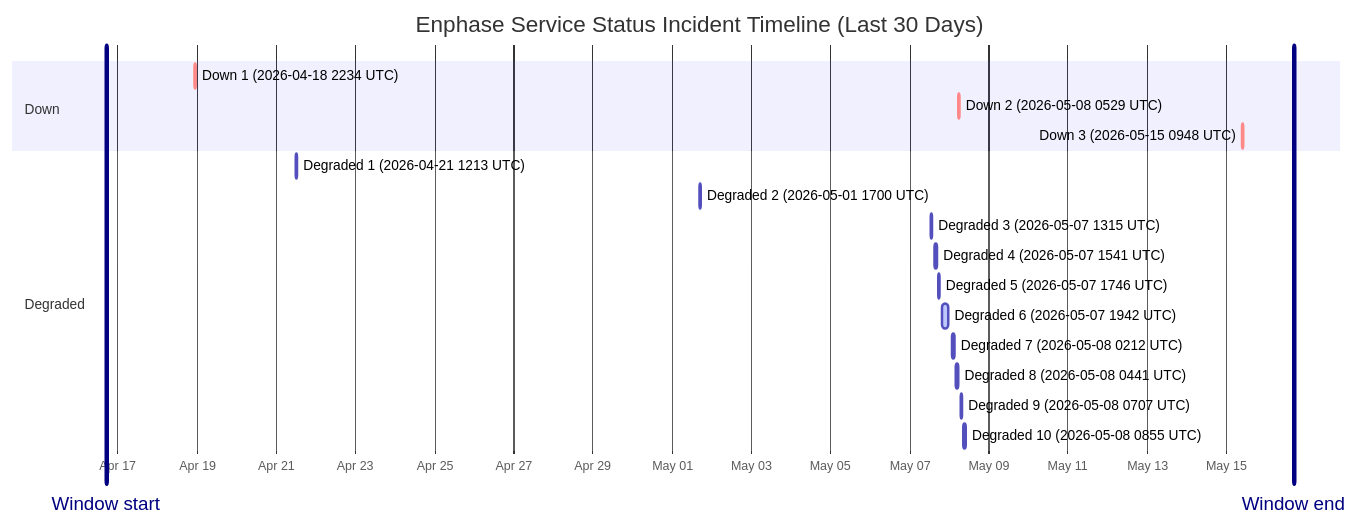
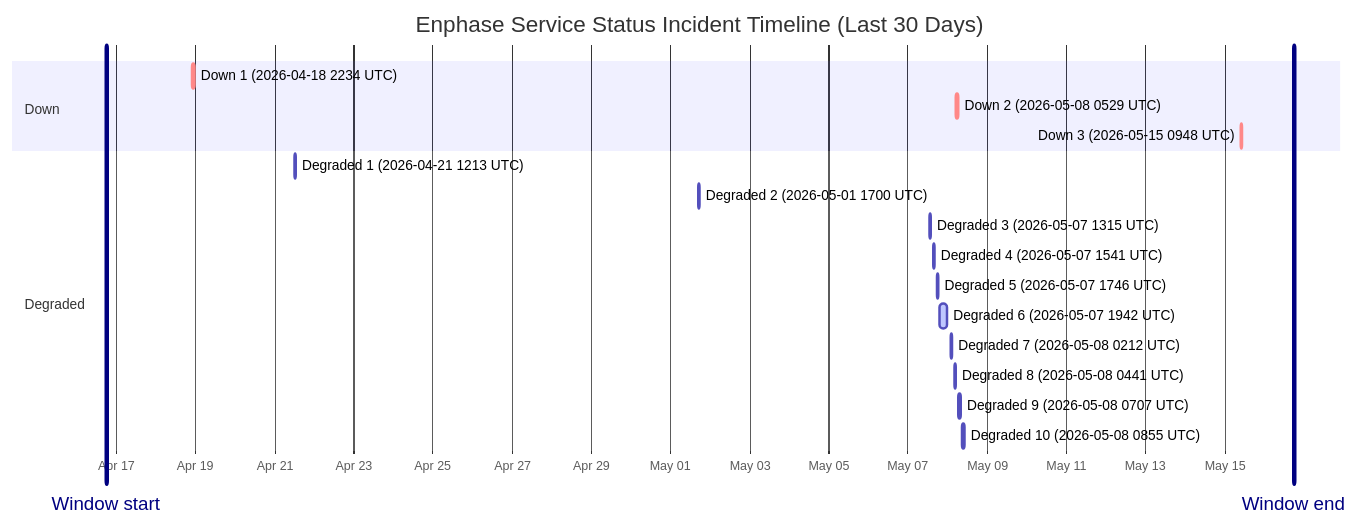
Before and after one commit to barneyonline/ha-enphase-ev-charger: the diagram in wiki/Service-Status-History.md, drawn with Mermaid. The commit also changed other lines of this file and 3 other files, not shown here.

````diff
--- a/wiki/Service-Status-History.md
+++ b/wiki/Service-Status-History.md
@@ -14,23 +14,23 @@
 ```mermaid
 gantt
     title Enphase Service Status Incident Timeline (Last 30 Days)
     dateFormat  YYYY-MM-DDTHH:mm:ss
     axisFormat  %b %d
-    Window start :vert, window-start, 2026-04-16T16:57:33, 0ms
-    Window end :vert, window-end, 2026-05-16T16:57:33, 0ms
+    Window start :vert, window-start, 2026-04-16T17:58:07, 0ms
+    Window end :vert, window-end, 2026-05-16T17:58:07, 0ms
     section Down
     Down 1 (2026-04-18 2234 UTC) :crit, down-1, 2026-04-18T22:34:13, 60m
     Down 2 (2026-05-08 0529 UTC) :crit, down-2, 2026-05-08T05:29:47, 60m
     Down 3 (2026-05-15 0948 UTC) :crit, down-3, 2026-05-15T09:48:18, 60m
     section Degraded
     Degraded 1 (2026-04-21 1213 UTC) :active, degraded-1, 2026-04-21T12:13:11, 60m
     Degraded 2 (2026-05-01 1700 UTC) :active, degraded-2, 2026-05-01T17:00:22, 60m
     Degraded 3 (2026-05-07 1315 UTC) :active, degraded-3, 2026-05-07T13:15:25, 60m
     Degraded 4 (2026-05-07 1541 UTC) :active, degraded-4, 2026-05-07T15:41:58, 60m
     Degraded 5 (2026-05-07 1746 UTC) :active, degraded-5, 2026-05-07T17:46:51, 60m
     Degraded 6 (2026-05-07 1942 UTC) :active, degraded-6, 2026-05-07T19:42:10, 249m
     Degraded 7 (2026-05-08 0212 UTC) :active, degraded-7, 2026-05-08T02:12:39, 60m
     Degraded 8 (2026-05-08 0441 UTC) :active, degraded-8, 2026-05-08T04:41:46, 60m
     Degraded 9 (2026-05-08 0707 UTC) :active, degraded-9, 2026-05-08T07:07:30, 60m
     Degraded 10 (2026-05-08 0855 UTC) :active, degraded-10, 2026-05-08T08:55:20, 88m
 ```
````
